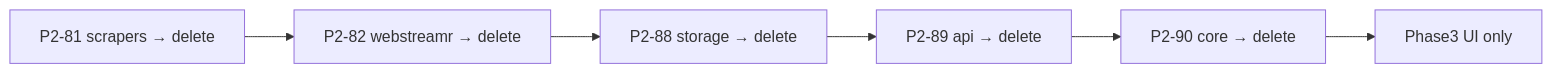
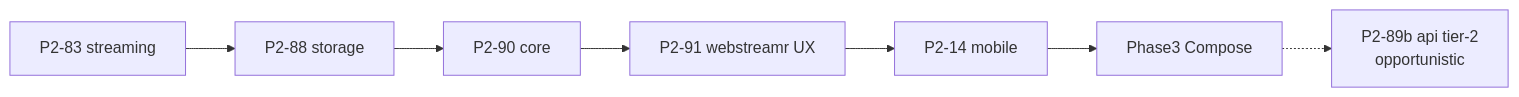
Before and after one commit to mGhassen/Forja: the diagram in docs/migration/02-rust-engine-complete.md, drawn with Mermaid. The commit also changed other lines of this file and 9 other files, not shown here.

````diff
--- a/docs/migration/02-rust-engine-complete.md
+++ b/docs/migration/02-rust-engine-complete.md
@@ -175,11 +175,13 @@
 ```mermaid
 flowchart LR
-  P2_81["P2-81 scrapers → delete"]
-  P2_82["P2-82 webstreamr → delete"]
-  P2_88["P2-88 storage → delete"]
-  P2_89["P2-89 api → delete"]
-  P2_90["P2-90 core → delete"]
-  P3["Phase3 UI only"]
+  P283["P2-83 streaming"]
+  P288["P2-88 storage"]
+  P290["P2-90 core"]
+  P291["P2-91 webstreamr UX"]
+  P214["P2-14 mobile"]
+  P3["Phase3 Compose"]
+  P289b["P2-89b api tier-2\nopportunistic"]
 
-  P2_81 --> P2_82 --> P2_88 --> P2_89 --> P2_90 --> P3
+  P283 --> P288 --> P290 --> P291 --> P214 --> P3
+  P3 -.-> P289b
 ```
````
